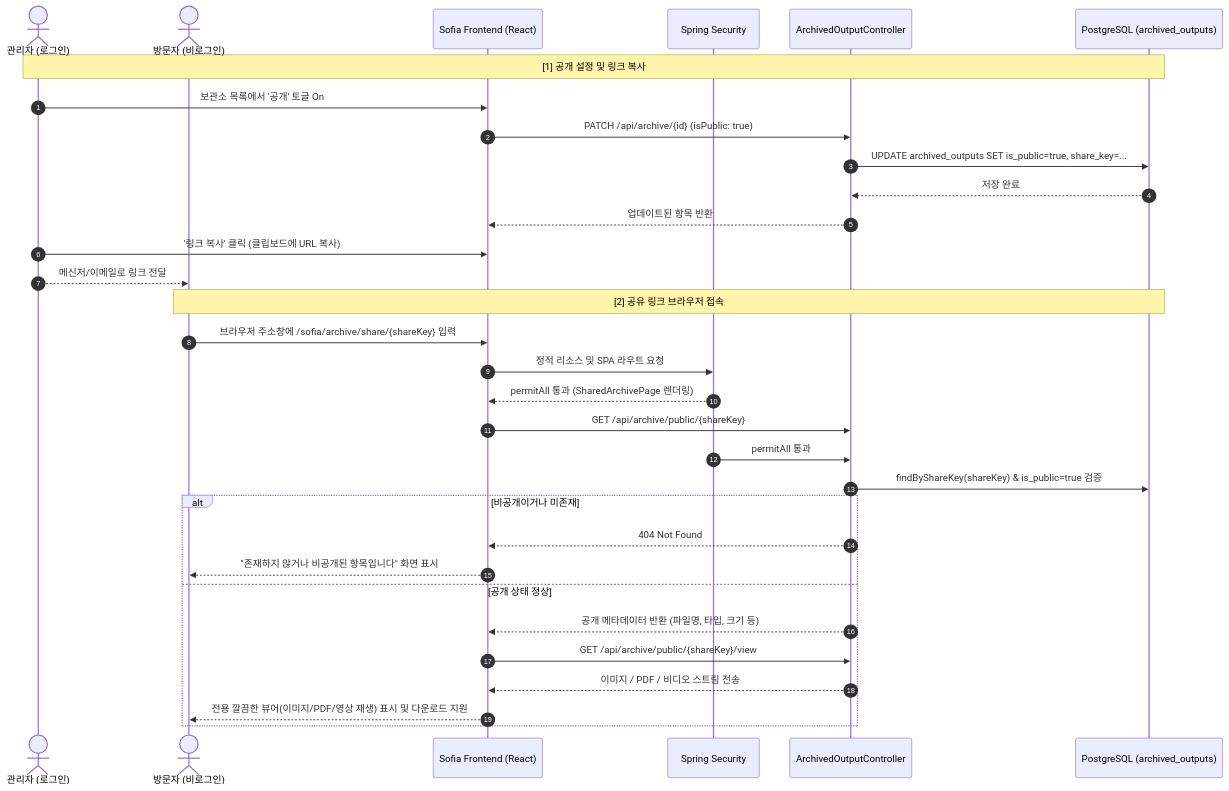
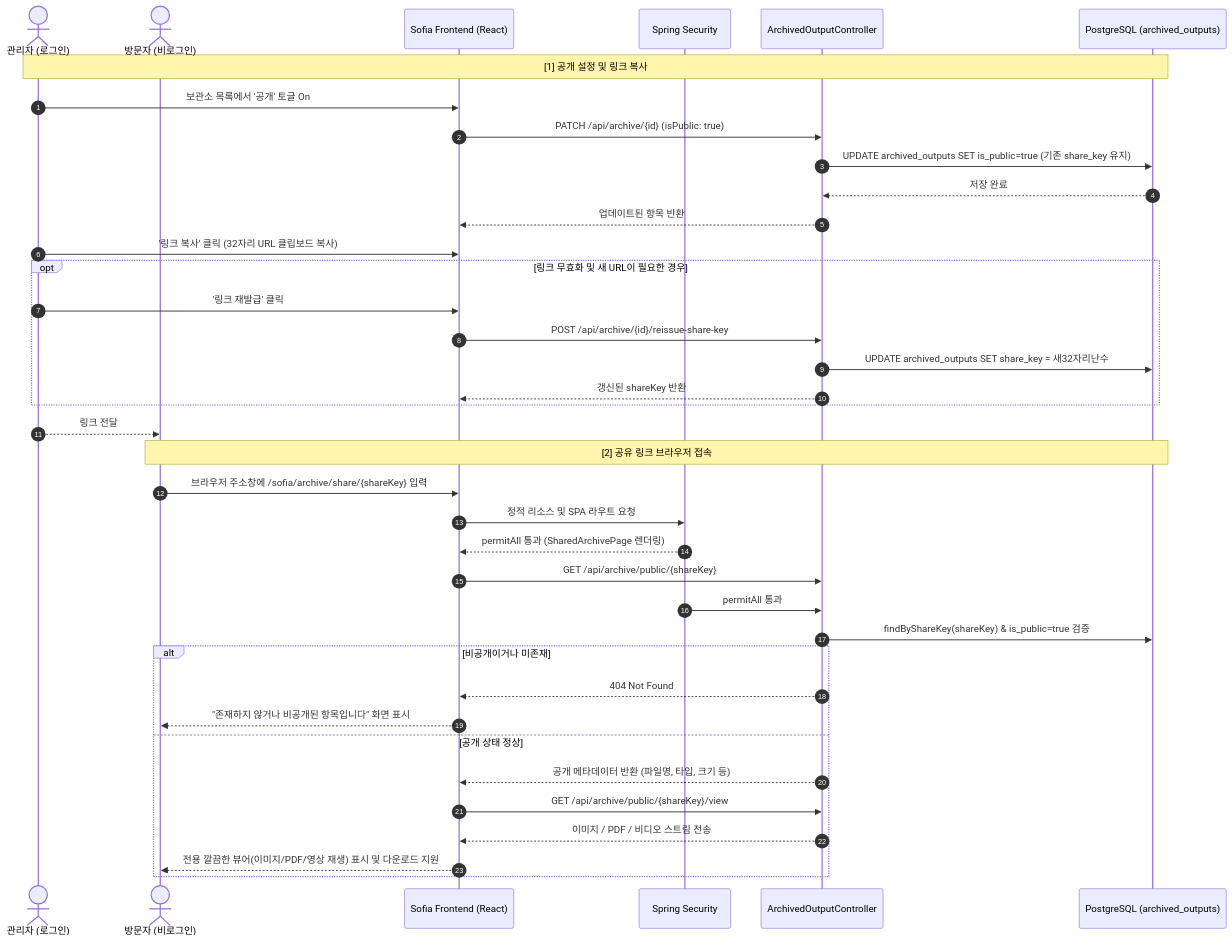
The diagram in docs/보관소_공개_공유_기능_계획서.md (KimDoYoung/sofia2), drawn with Mermaid before and after one commit. The commit also changed other lines of this file and 17 other files, not shown here.

````diff
--- a/docs/보관소_공개_공유_기능_계획서.md
+++ b/docs/보관소_공개_공유_기능_계획서.md
@@ -27,36 +35,42 @@
 ```mermaid
 sequenceDiagram
     autonumber
     actor Admin as 관리자 (로그인)
     actor Visitor as 방문자 (비로그인)
     participant Front as Sofia Frontend (React)
     participant Sec as Spring Security
     participant API as ArchivedOutputController
     participant DB as PostgreSQL (archived_outputs)
 
     Note over Admin, DB: [1] 공개 설정 및 링크 복사
     Admin->>Front: 보관소 목록에서 '공개' 토글 On
     Front->>API: PATCH /api/archive/{id} (isPublic: true)
-    API->>DB: UPDATE archived_outputs SET is_public=true, share_key=...
+    API->>DB: UPDATE archived_outputs SET is_public=true (기존 share_key 유지)
     DB-->>API: 저장 완료
     API-->>Front: 업데이트된 항목 반환
-    Admin->>Front: '링크 복사' 클릭 (클립보드에 URL 복사)
-    Admin-->>Visitor: 메신저/이메일로 링크 전달
+    Admin->>Front: '링크 복사' 클릭 (32자리 URL 클립보드 복사)
+    opt 링크 무효화 및 새 URL이 필요한 경우
+        Admin->>Front: '링크 재발급' 클릭
+        Front->>API: POST /api/archive/{id}/reissue-share-key
+        API->>DB: UPDATE archived_outputs SET share_key = 새32자리난수
+        API-->>Front: 갱신된 shareKey 반환
+    end
+    Admin-->>Visitor: 링크 전달
 
     Note over Visitor, DB: [2] 공유 링크 브라우저 접속
     Visitor->>Front: 브라우저 주소창에 /sofia/archive/share/{shareKey} 입력
     Front->>Sec: 정적 리소스 및 SPA 라우트 요청
     Sec-->>Front: permitAll 통과 (SharedArchivePage 렌더링)
     Front->>API: GET /api/archive/public/{shareKey}
     Sec->>API: permitAll 통과
     API->>DB: findByShareKey(shareKey) & is_public=true 검증
     alt 비공개이거나 미존재
         API-->>Front: 404 Not Found
         Front-->>Visitor: "존재하지 않거나 비공개된 항목입니다" 화면 표시
     else 공개 상태 정상
         API-->>Front: 공개 메타데이터 반환 (파일명, 타입, 크기 등)
         Front->>API: GET /api/archive/public/{shareKey}/view
         API-->>Front: 이미지 / PDF / 비디오 스트림 전송
         Front-->>Visitor: 전용 깔끔한 뷰어(이미지/PDF/영상 재생) 표시 및 다운로드 지원
     end
 ```
````
